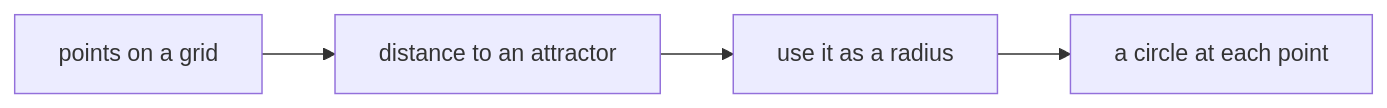
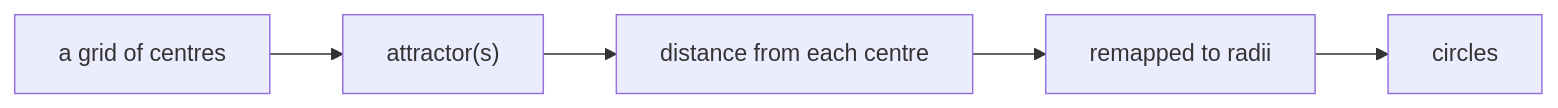
One commit to rccn-teaching/cdf changed the first of 4 diagrams in Lecture/Week_10/goals.md. Above: the diagram before and after it, drawn with Mermaid. The commit also changed other lines of this file and 23 other files, not shown here.

Commit message:
Refactor lecture materials for Weeks 13-15: update README and goals to enhance clarity and structure; adjust session objectives and commands; improve flowcharts and voting processes for better engagement and understanding.

````diff
--- a/Lecture/Week_10/goals.md
+++ b/Lecture/Week_10/goals.md
@@ -17,6 +17,9 @@
 ```mermaid
 flowchart LR
-    P["points on a grid"] --> A["distance to an attractor"]
-    A --> R["use it as a radius"]
-    R --> C["a circle at each point"]
+    G0["a grid of centres"]
+    A1["attractor(s)"]
+    D2["distance from each centre"]
+    R3["remapped to radii"]
+    C4["circles"]
+    G0 --> A1 --> D2 --> R3 --> C4
 ```
````
